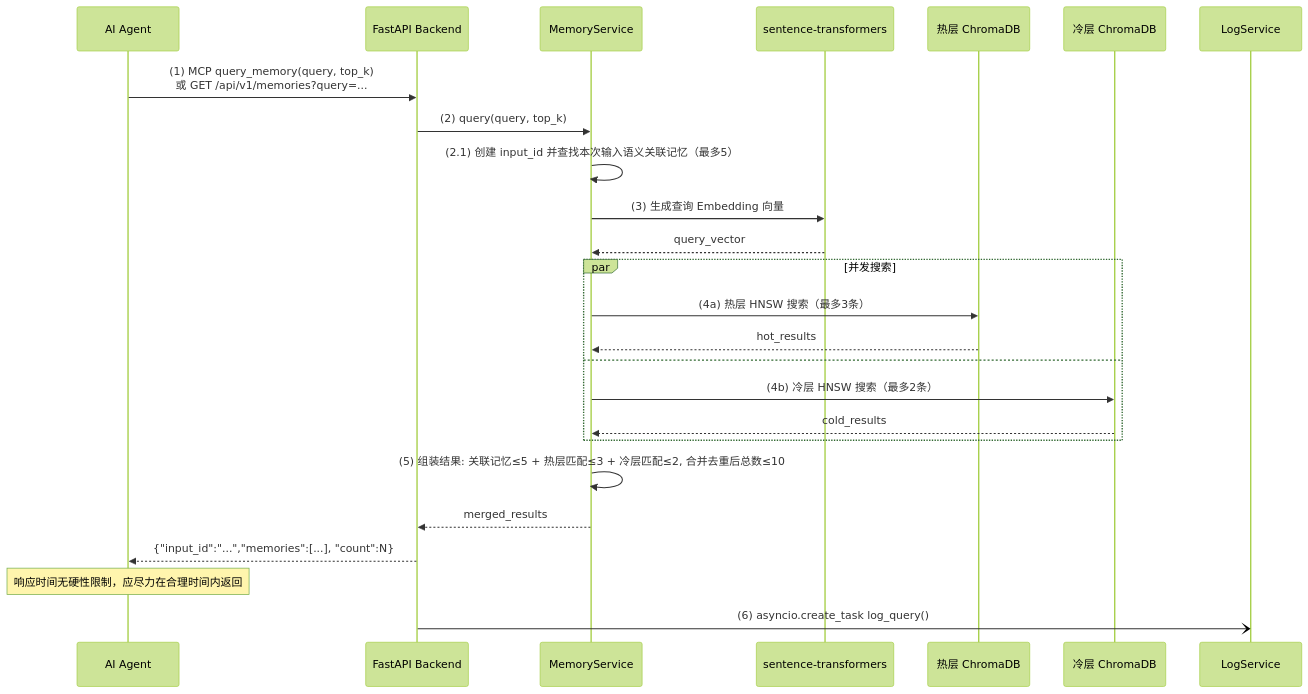
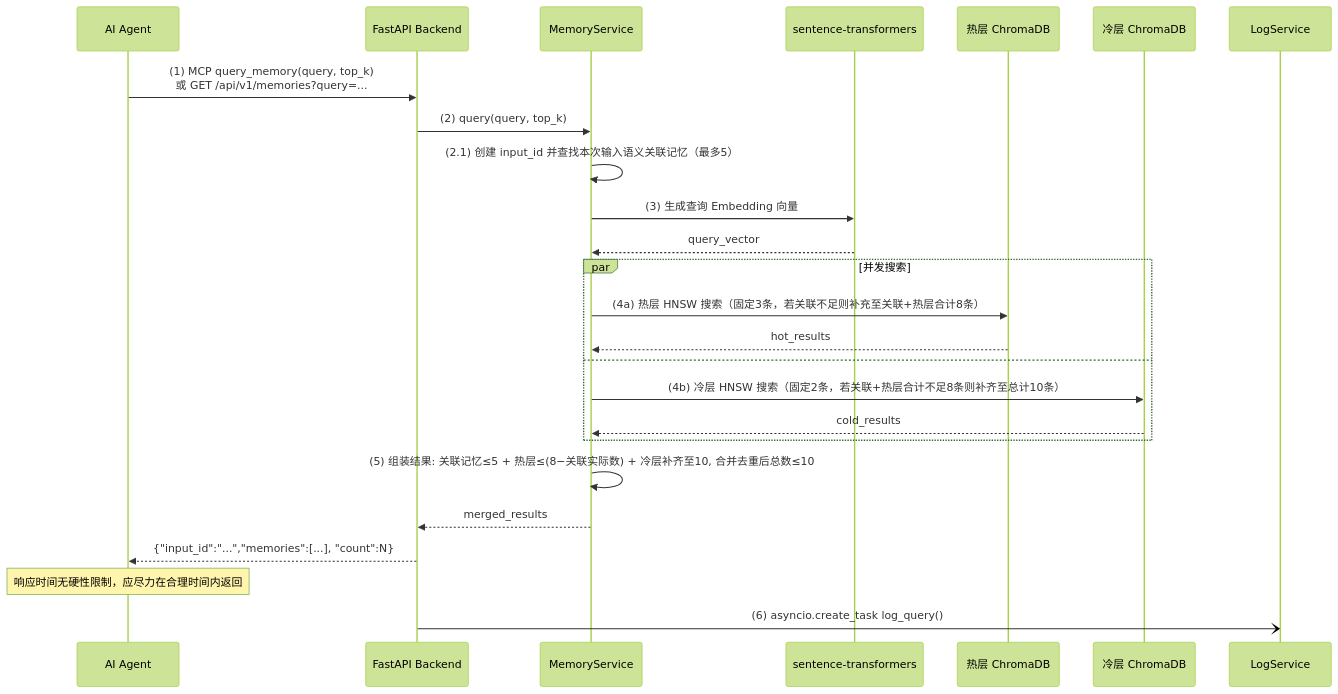
Before and after one commit to SevenLv/air_memory: the fourth of 10 diagrams in doc/sad_v1.14.md, drawn with Mermaid (forest theme). The commit also changed other lines of this file and 3 other files, not shown here.

````diff
--- a/doc/sad_v1.14.md
+++ b/doc/sad_v1.14.md
@@ -385,28 +394,28 @@
 ```mermaid
 sequenceDiagram
     participant Agent as AI Agent
     participant API as FastAPI Backend
     participant MemSvc as MemoryService
     participant ET as sentence-transformers
     participant Hot as 热层 ChromaDB
     participant Cold as 冷层 ChromaDB
     participant Log as LogService
 
     Agent->>API: (1) MCP query_memory(query, top_k)<br/>或 GET /api/v1/memories?query=...
     API->>MemSvc: (2) query(query, top_k)
     MemSvc->>MemSvc: (2.1) 创建 input_id 并查找本次输入语义关联记忆（最多5）
     MemSvc->>ET: (3) 生成查询 Embedding 向量
     ET-->>MemSvc: query_vector
     par 并发搜索
-        MemSvc->>Hot: (4a) 热层 HNSW 搜索（最多3条）
+        MemSvc->>Hot: (4a) 热层 HNSW 搜索（固定3条，若关联不足则补充至关联+热层合计8条）
         Hot-->>MemSvc: hot_results
     and
-        MemSvc->>Cold: (4b) 冷层 HNSW 搜索（最多2条）
+        MemSvc->>Cold: (4b) 冷层 HNSW 搜索（固定2条，若关联+热层合计不足8条则补齐至总计10条）
         Cold-->>MemSvc: cold_results
     end
-    MemSvc->>MemSvc: (5) 组装结果: 关联记忆≤5 + 热层匹配≤3 + 冷层匹配≤2, 合并去重后总数≤10
+    MemSvc->>MemSvc: (5) 组装结果: 关联记忆≤5 + 热层≤(8−关联实际数) + 冷层补齐至10, 合并去重后总数≤10
     MemSvc-->>API: merged_results
     API-->>Agent: {"input_id":"...","memories":[...], "count":N}
     Note over Agent: 响应时间无硬性限制，应尽力在合理时间内返回
     API-)Log: (6) asyncio.create_task log_query()
 ```
````
